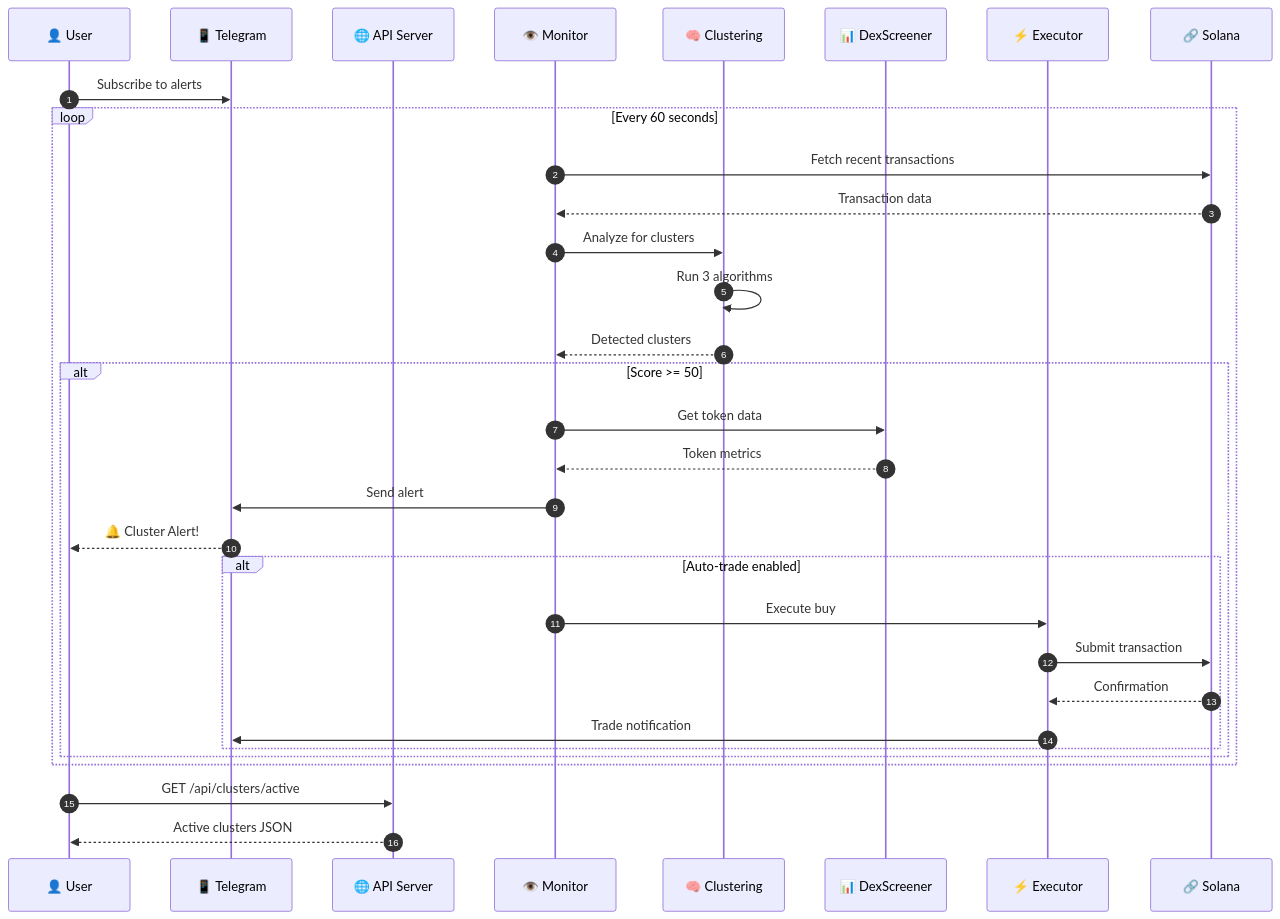
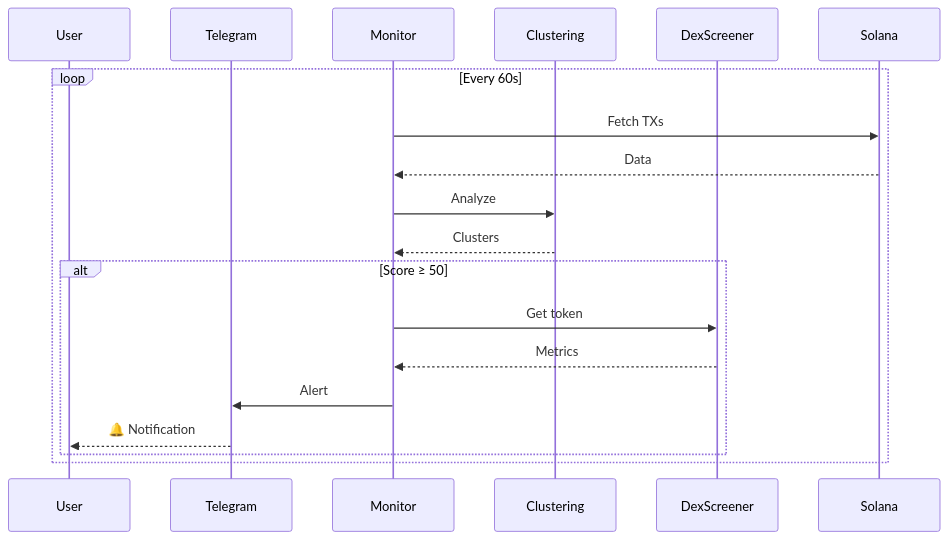
One commit to blablablasealsaresoft/pumpfun-intelligence changed the fourth of 15 diagrams in README.md. Above: the diagram before and after it, drawn with Mermaid. The commit also changed other lines of this file, not shown here.

````diff
--- a/README.md
+++ b/README.md
@@ -202,39 +203,23 @@
 ```mermaid
 sequenceDiagram
-    autonumber
-    participant User as 👤 User
-    participant TG as 📱 Telegram
-    participant API as 🌐 API Server
-    participant MON as 👁️ Monitor
-    participant CLUST as 🧠 Clustering
-    participant DEX as 📊 DexScreener
-    participant EXEC as ⚡ Executor
-    participant SOL as 🔗 Solana
+    participant U as User
+    participant T as Telegram
+    participant M as Monitor
+    participant C as Clustering
+    participant D as DexScreener
+    participant S as Solana
 
-    User->>TG: Subscribe to alerts
-    
-    loop Every 60 seconds
-        MON->>SOL: Fetch recent transactions
-        SOL-->>MON: Transaction data
-        MON->>CLUST: Analyze for clusters
-        CLUST->>CLUST: Run 3 algorithms
-        CLUST-->>MON: Detected clusters
+    loop Every 60s
+        M->>S: Fetch TXs
+        S-->>M: Data
+        M->>C: Analyze
+        C-->>M: Clusters
         
-        alt Score >= 50
-            MON->>DEX: Get token data
-            DEX-->>MON: Token metrics
-            MON->>TG: Send alert
-            TG-->>User: 🔔 Cluster Alert!
-            
-            alt Auto-trade enabled
-                MON->>EXEC: Execute buy
-                EXEC->>SOL: Submit transaction
-                SOL-->>EXEC: Confirmation
-                EXEC->>TG: Trade notification
-            end
+        alt Score ≥ 50
+            M->>D: Get token
+            D-->>M: Metrics
+            M->>T: Alert
+            T-->>U: 🔔 Notification
         end
     end
-
-    User->>API: GET /api/clusters/active
-    API-->>User: Active clusters JSON
 ```
````
